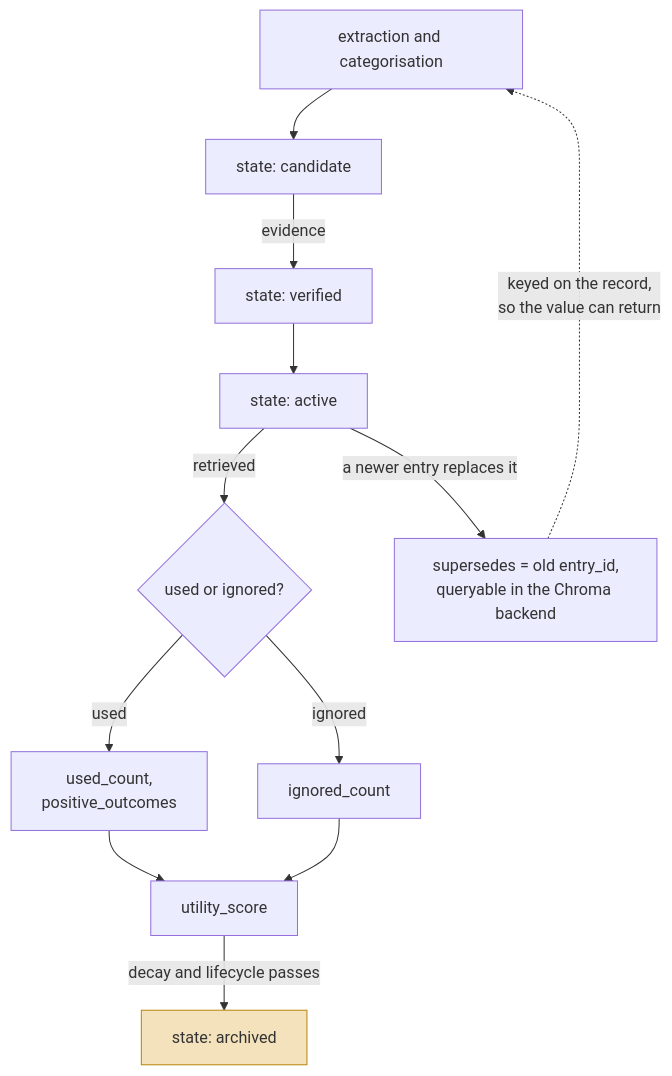
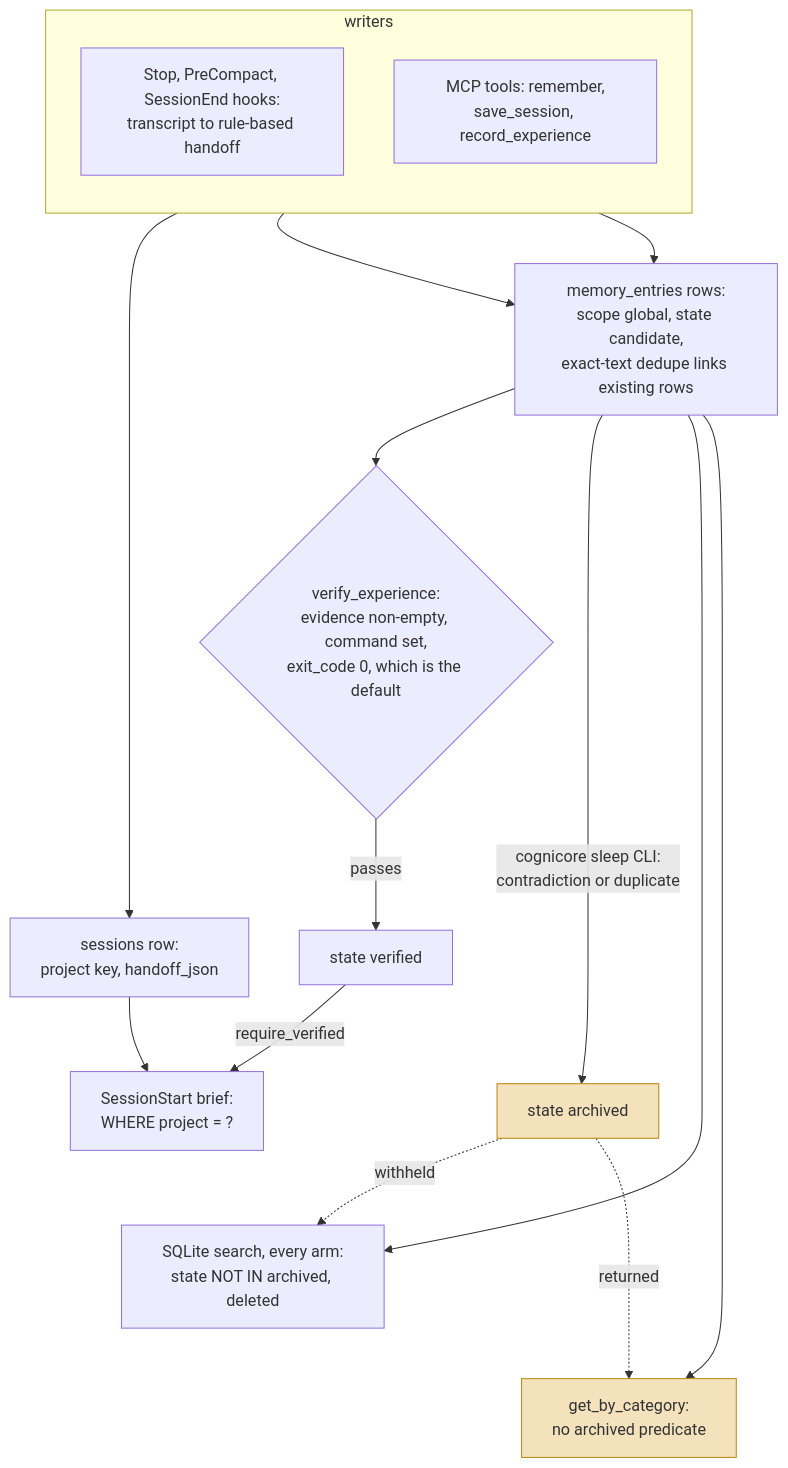
One commit to neoneye/agent-memory-atlas changed the diagram in content/systems/cognicore.md. Above: the diagram before and after it, drawn with Mermaid. The commit also changed other lines of this file and 23 other files, not shown here.

````diff
--- a/content/systems/cognicore.md
+++ b/content/systems/cognicore.md
@@ -99,17 +92,27 @@
 ```mermaid
-%% caption: the lifecycle from candidate to archived, driven by a utility score computed from whether a retrieved entry was used or ignored — with supersession keyed on the record, so the value can return
+%% caption: the state writers that have callers and the reads that consult them — a self-attested verify gate, an archive the search arms withhold and the category read returns, and a session-start brief keyed on project
 flowchart TD
-    E["extraction and categorisation"] --> C["state: candidate"]
-    C -->|"evidence"| V["state: verified"]
-    V --> A["state: active"]
-    A -->|"retrieved"| U{"used or ignored?"}
-    U -->|"used"| P["used_count,<br/>positive_outcomes"]
-    U -->|"ignored"| I["ignored_count"]
-    P --> UT["utility_score"]
-    I --> UT
-    UT -->|"decay and lifecycle passes"| AR["state: archived"]
-    A -->|"a newer entry replaces it"| S["supersedes = old entry_id,<br/>queryable in the Chroma backend"]
-    S -.->|"keyed on the record,<br/>so the value can return"| E
+    subgraph IN["writers"]
+        direction TB
+        HK["Stop, PreCompact, SessionEnd hooks:<br/>transcript to rule-based handoff"]
+        TL["MCP tools: remember,<br/>save_session, record_experience"]
+    end
+    HK --> SS["sessions row:<br/>project key, handoff_json"]
+    HK --> ME["memory_entries rows:<br/>scope global, state candidate,<br/>exact-text dedupe links existing rows"]
+    TL --> ME
+    ME --> GATE{"verify_experience:<br/>evidence non-empty, command set,<br/>exit_code 0, which is the default"}
+    GATE -->|"passes"| VER["state verified"]
+    ME -->|"cognicore sleep CLI:<br/>contradiction or duplicate"| ARC["state archived"]
+    SS --> BRIEF["SessionStart brief:<br/>WHERE project = ?"]
+    VER -->|"require_verified"| BRIEF
+    ME --> SRCH["SQLite search, every arm:<br/>state NOT IN archived, deleted"]
+    ARC -.->|"withheld"| SRCH
+    ME --> CAT["get_by_category:<br/>no archived predicate"]
+    ARC -.->|"returned"| CAT
+    VER ~~~ ARC
+    BRIEF ~~~ SRCH
+    SRCH ~~~ CAT
 
-    style AR fill:#f4e2bd,stroke:#b8860b
+    style ARC fill:#f4e2bd,stroke:#b8860b
+    style CAT fill:#f4e2bd,stroke:#b8860b
 ```
````
